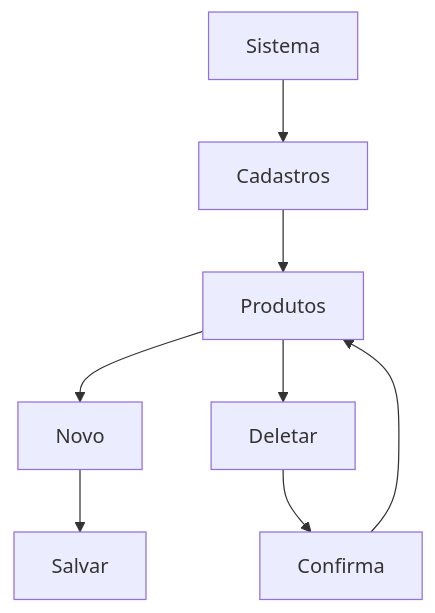
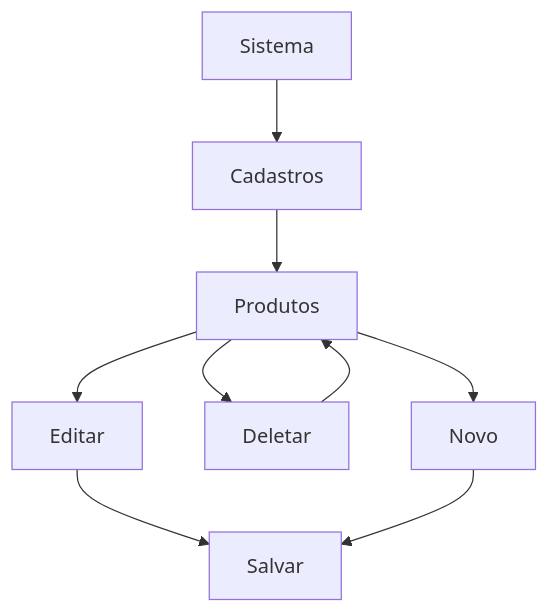
One commit to ronye011/Projeto-DevEvolution changed the second of 4 diagrams in README.md. Above: the diagram before and after it, drawn with Mermaid.

````diff
--- a/README.md
+++ b/README.md
@@ -98,10 +98,11 @@
 ```mermaid
 graph TD;
     Sistema --> Cadastros;
     Cadastros --> Produtos;
     Produtos --> Novo;
     Produtos --> Deletar;
-    Deletar --> Confirma;
-    Confirma --> Produtos;
+    Produtos --> Editar;
+    Deletar --> Produtos;
+    Editar --> Salvar;
     Novo --> Salvar;
 ```
````
